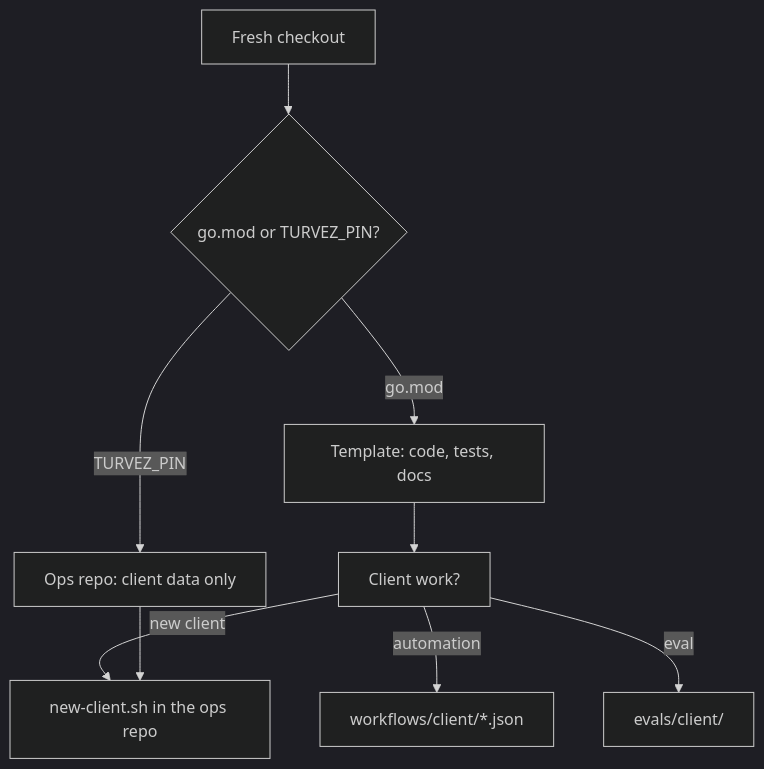
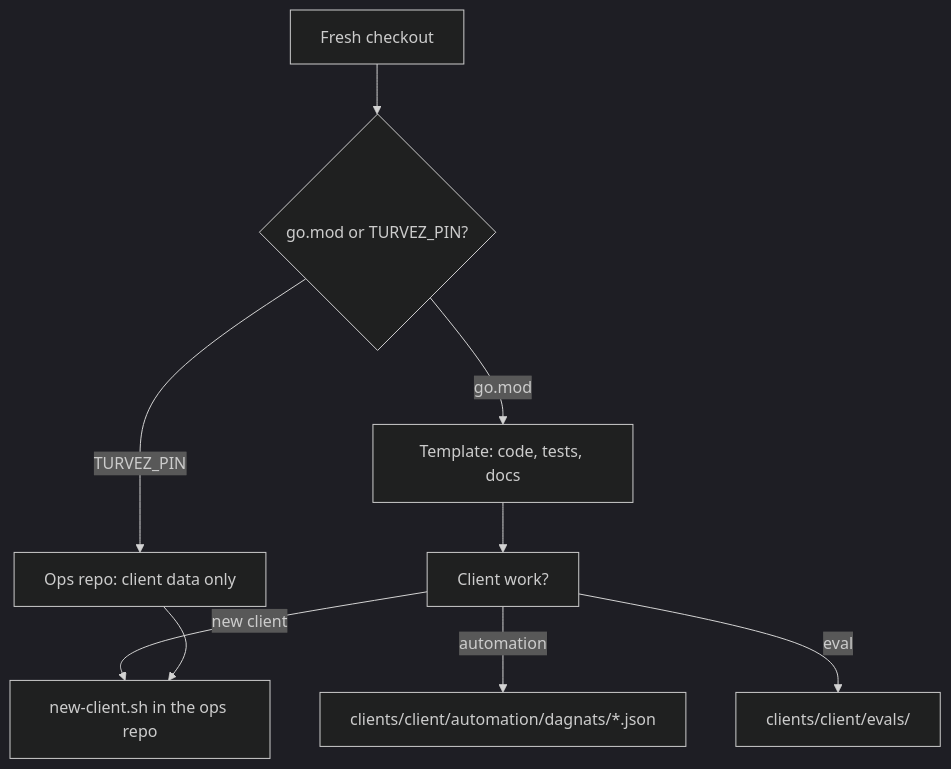
One commit to calionauta/turvez changed the first of 5 diagrams in docs/workflows.md. Above: the diagram before and after it, drawn with Mermaid (dark theme). The commit also changed other lines of this file and 67 other files, not shown here.

````diff
--- a/docs/workflows.md
+++ b/docs/workflows.md
@@ -7,11 +7,11 @@
 ```mermaid
 flowchart TD
     A["Fresh checkout"] --> B{"go.mod or TURVEZ_PIN?"}
     B -->|"go.mod"| C["Template: code, tests, docs"]
     B -->|"TURVEZ_PIN"| D["Ops repo: client data only"]
     C --> E["Client work?"]
     E -->|"new client"| F["new-client.sh in the ops repo"]
-    E -->|"automation"| G["workflows/client/*.json"]
-    E -->|"eval"| H["evals/client/"]
+    E -->|"automation"| G["clients/client/automation/dagnats/*.json"]
+    E -->|"eval"| H["clients/client/evals/"]
     D --> F
 ```
````
